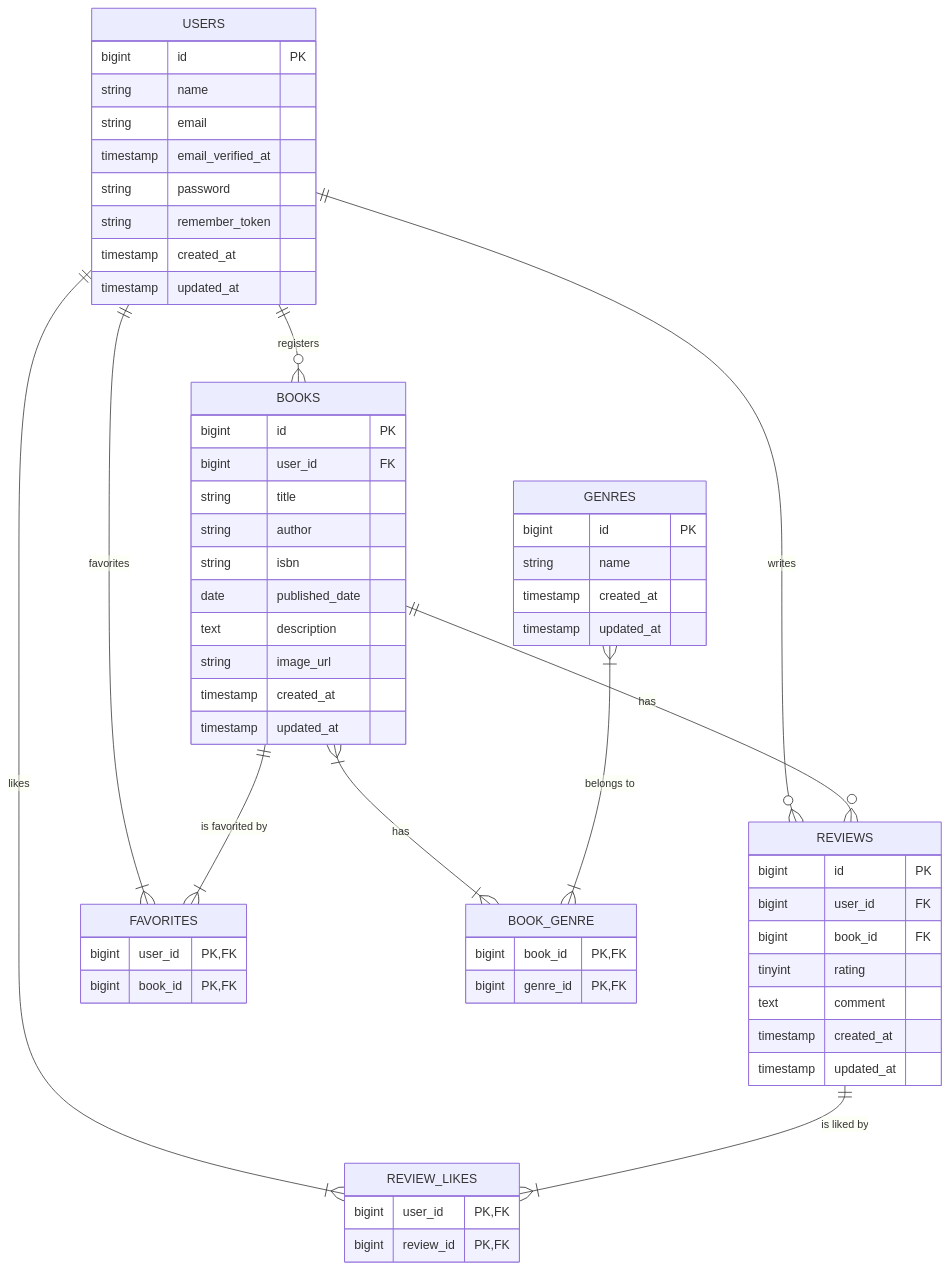
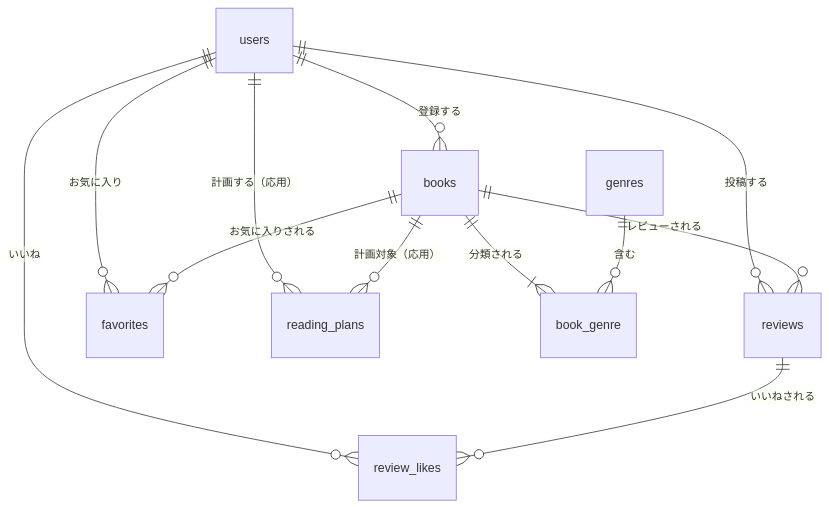
The diagram in 関連ドキュメント/復習教材/復習教材_Chapter00_要件の行間を読む力.md (coachtech-material/ExampleAnswer-mockcase-BookShelf), drawn with Mermaid before and after one commit. The commit also changed other lines of this file and 4 other files, not shown here.

````diff
--- a/関連ドキュメント/復習教材/復習教材_Chapter00_要件の行間を読む力.md
+++ b/関連ドキュメント/復習教材/復習教材_Chapter00_要件の行間を読む力.md
@@ -205,68 +205,14 @@
 ```mermaid
 erDiagram
-    USERS {
-        bigint id PK
-        string name
-        string email
-        timestamp email_verified_at
-        string password
-        string remember_token
-        timestamp created_at
-        timestamp updated_at
-    }
-
-    BOOKS {
-        bigint id PK
-        bigint user_id FK
-        string title
-        string author
-        string isbn
-        date published_date
-        text description
-        string image_url
-        timestamp created_at
-        timestamp updated_at
-    }
-
-    REVIEWS {
-        bigint id PK
-        bigint user_id FK
-        bigint book_id FK
-        tinyint rating
-        text comment
-        timestamp created_at
-        timestamp updated_at
-    }
-
-    GENRES {
-        bigint id PK
-        string name
-        timestamp created_at
-        timestamp updated_at
-    }
-
-    FAVORITES {
-        bigint user_id PK, FK
-        bigint book_id PK, FK
-    }
-
-    REVIEW_LIKES {
-        bigint user_id PK, FK
-        bigint review_id PK, FK
-    }
-
-    BOOK_GENRE {
-        bigint book_id PK, FK
-        bigint genre_id PK, FK
-    }
-
-    USERS ||--o{ BOOKS : "registers"
-    USERS ||--o{ REVIEWS : "writes"
-    BOOKS ||--o{ REVIEWS : "has"
-    USERS ||--|{ FAVORITES : "favorites"
-    BOOKS ||--|{ FAVORITES : "is favorited by"
-    USERS ||--|{ REVIEW_LIKES : "likes"
-    REVIEWS ||--|{ REVIEW_LIKES : "is liked by"
-    BOOKS }|--|{ BOOK_GENRE : "has"
-    GENRES }|--|{ BOOK_GENRE : "belongs to"
+    users ||--o{ books : "登録する"
+    users ||--o{ reviews : "投稿する"
+    users ||--o{ favorites : "お気に入り"
+    users ||--o{ review_likes : "いいね"
+    users ||--o{ reading_plans : "計画する（応用）"
+    books ||--|{ book_genre : "分類される"
+    books ||--o{ reviews : "レビューされる"
+    books ||--o{ favorites : "お気に入りされる"
+    books ||--o{ reading_plans : "計画対象（応用）"
+    genres ||--o{ book_genre : "含む"
+    reviews ||--o{ review_likes : "いいねされる"
 ```
````
